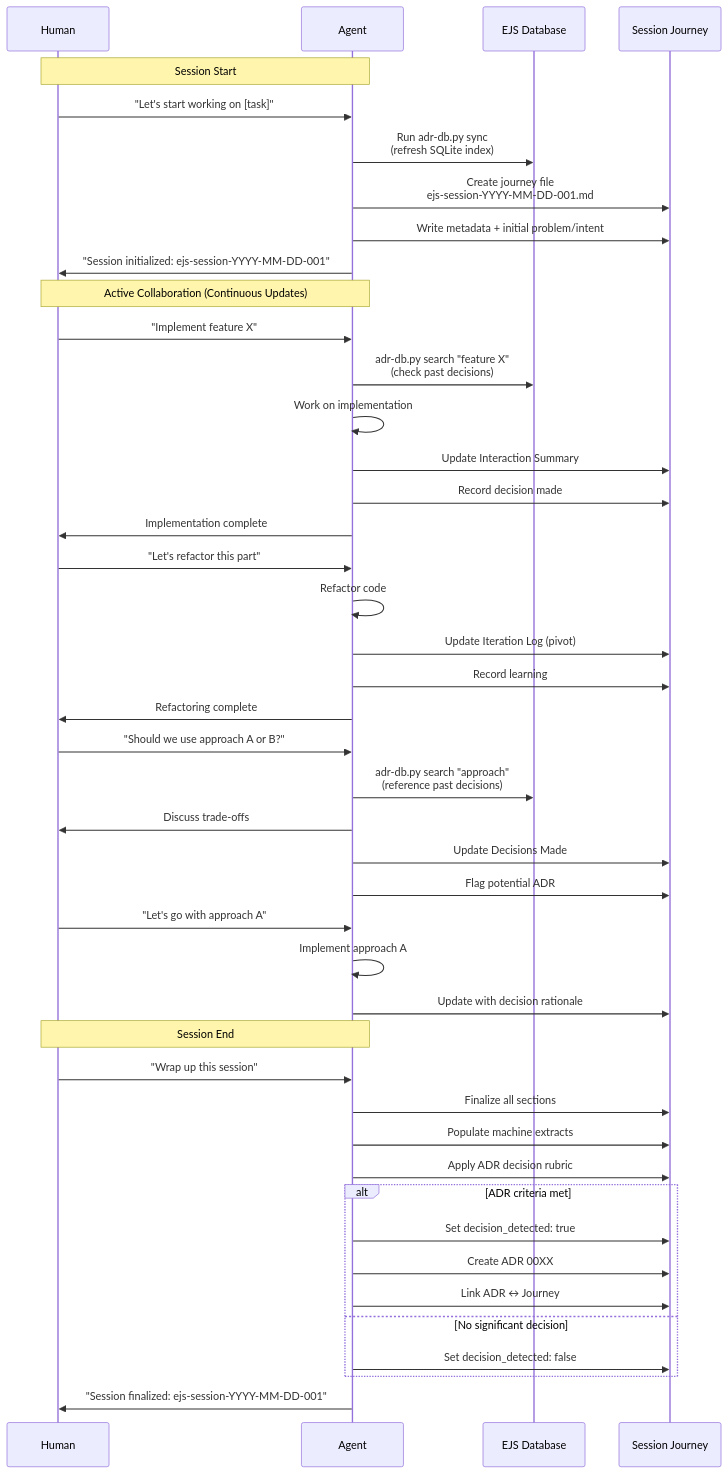
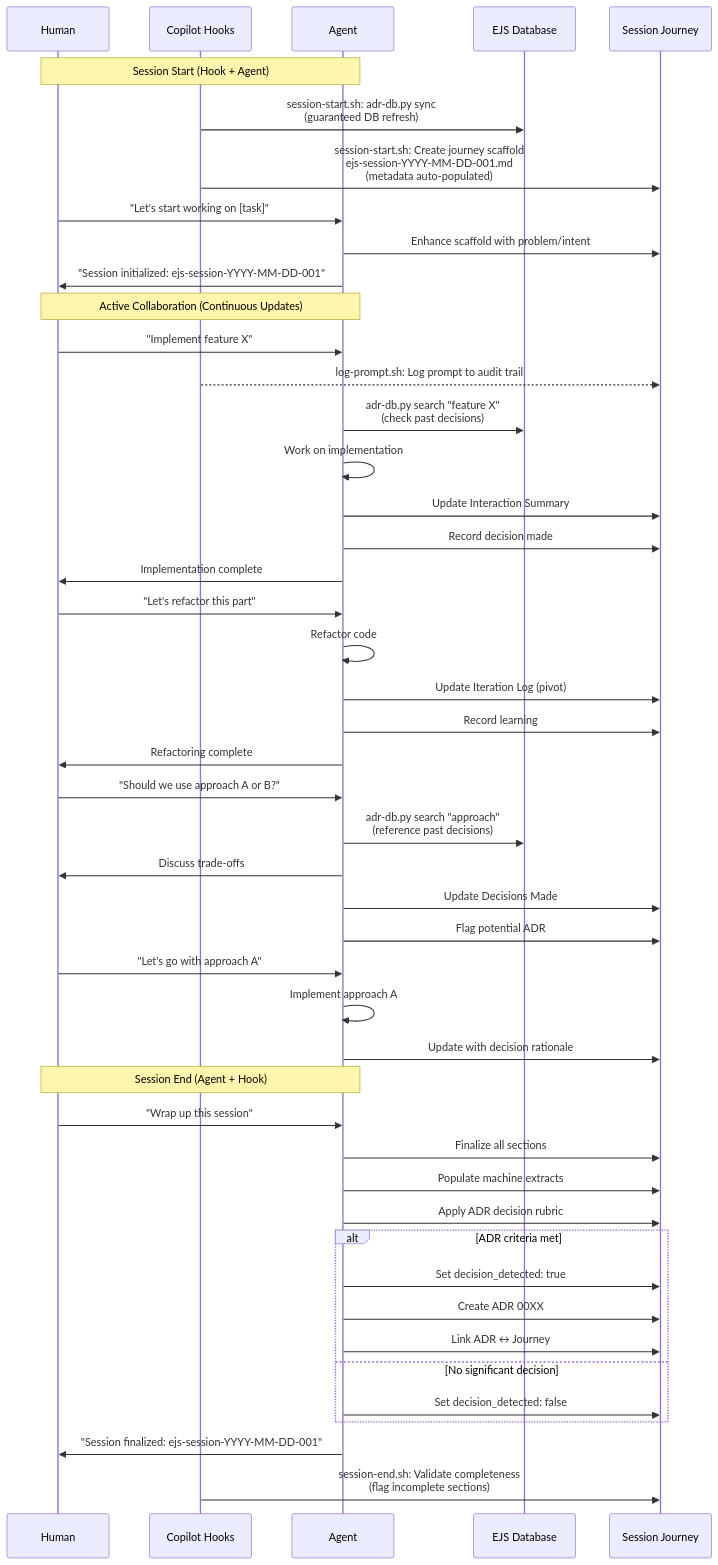
The first of 6 diagrams in ejs-docs/session-lifecycle-patterns.md (McFuzzySquirrel/Engineering-Journey-System), drawn with Mermaid before and after one commit. The commit also changed other lines of this file and 1 other file, not shown here.

First line of the commit message:
Update README.md and session-lifecycle-patterns.md for hooks

````diff
--- a/ejs-docs/session-lifecycle-patterns.md
+++ b/ejs-docs/session-lifecycle-patterns.md
@@ -54,52 +57,55 @@
 ```mermaid
 sequenceDiagram
     participant H as Human
+    participant HK as Copilot Hooks
     participant A as Agent
     participant DB as EJS Database
     participant J as Session Journey
 
-    Note over H,A: Session Start
+    Note over H,A: Session Start (Hook + Agent)
+    HK->>DB: session-start.sh: adr-db.py sync<br/>(guaranteed DB refresh)
+    HK->>J: session-start.sh: Create journey scaffold<br/>ejs-session-YYYY-MM-DD-001.md<br/>(metadata auto-populated)
     H->>A: "Let's start working on [task]"
-    A->>DB: Run adr-db.py sync<br/>(refresh SQLite index)
-    A->>J: Create journey file<br/>ejs-session-YYYY-MM-DD-001.md
-    A->>J: Write metadata + initial problem/intent
+    A->>J: Enhance scaffold with problem/intent
     A->>H: "Session initialized: ejs-session-YYYY-MM-DD-001"
     
     Note over H,A: Active Collaboration (Continuous Updates)
     
     H->>A: "Implement feature X"
+    HK-->>J: log-prompt.sh: Log prompt to audit trail
     A->>DB: adr-db.py search "feature X"<br/>(check past decisions)
     A->>A: Work on implementation
     A->>J: Update Interaction Summary
     A->>J: Record decision made
     A->>H: Implementation complete
     
     H->>A: "Let's refactor this part"
     A->>A: Refactor code
     A->>J: Update Iteration Log (pivot)
     A->>J: Record learning
     A->>H: Refactoring complete
     
     H->>A: "Should we use approach A or B?"
     A->>DB: adr-db.py search "approach"<br/>(reference past decisions)
     A->>H: Discuss trade-offs
     A->>J: Update Decisions Made
     A->>J: Flag potential ADR
     H->>A: "Let's go with approach A"
     A->>A: Implement approach A
     A->>J: Update with decision rationale
     
-    Note over H,A: Session End
+    Note over H,A: Session End (Agent + Hook)
     H->>A: "Wrap up this session"
     A->>J: Finalize all sections
     A->>J: Populate machine extracts
     A->>J: Apply ADR decision rubric
     alt ADR criteria met
         A->>J: Set decision_detected: true
         A->>J: Create ADR 00XX
         A->>J: Link ADR ↔ Journey
     else No significant decision
         A->>J: Set decision_detected: false
     end
     A->>H: "Session finalized: ejs-session-YYYY-MM-DD-001"
+    HK->>J: session-end.sh: Validate completeness<br/>(flag incomplete sections)
 ```
````
